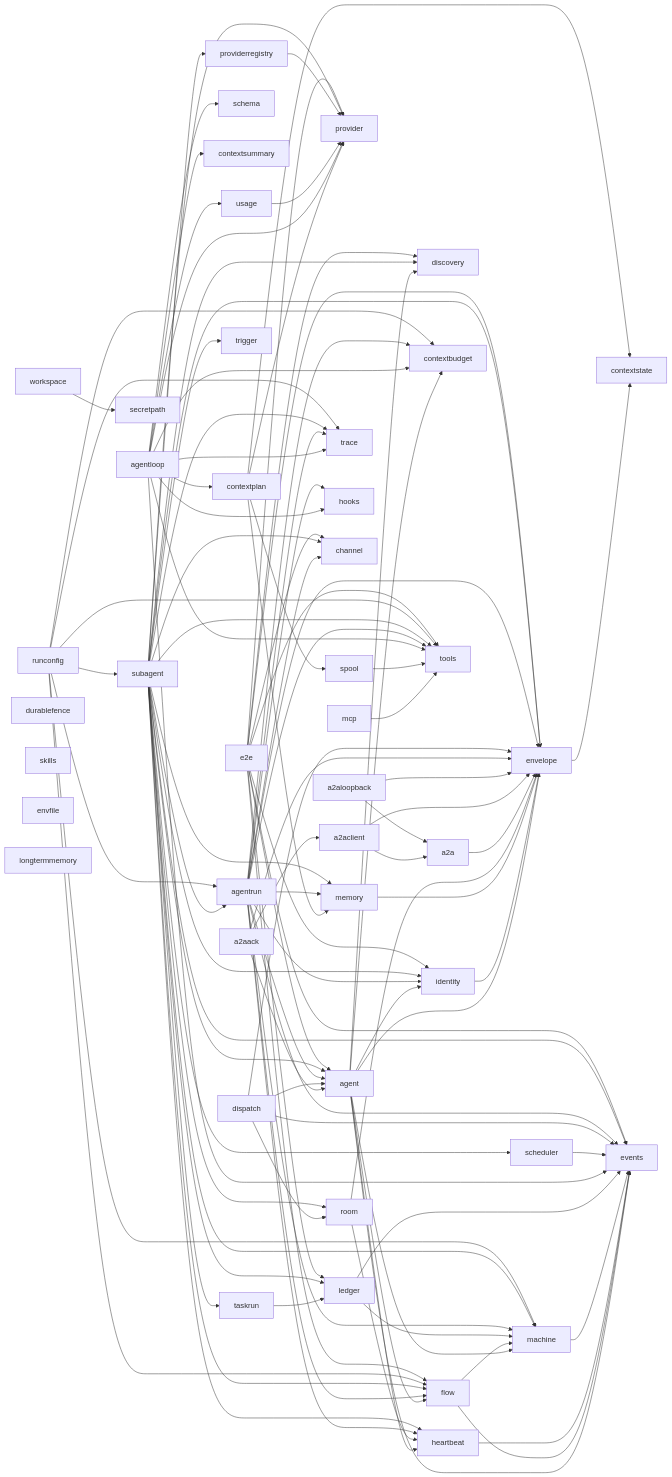
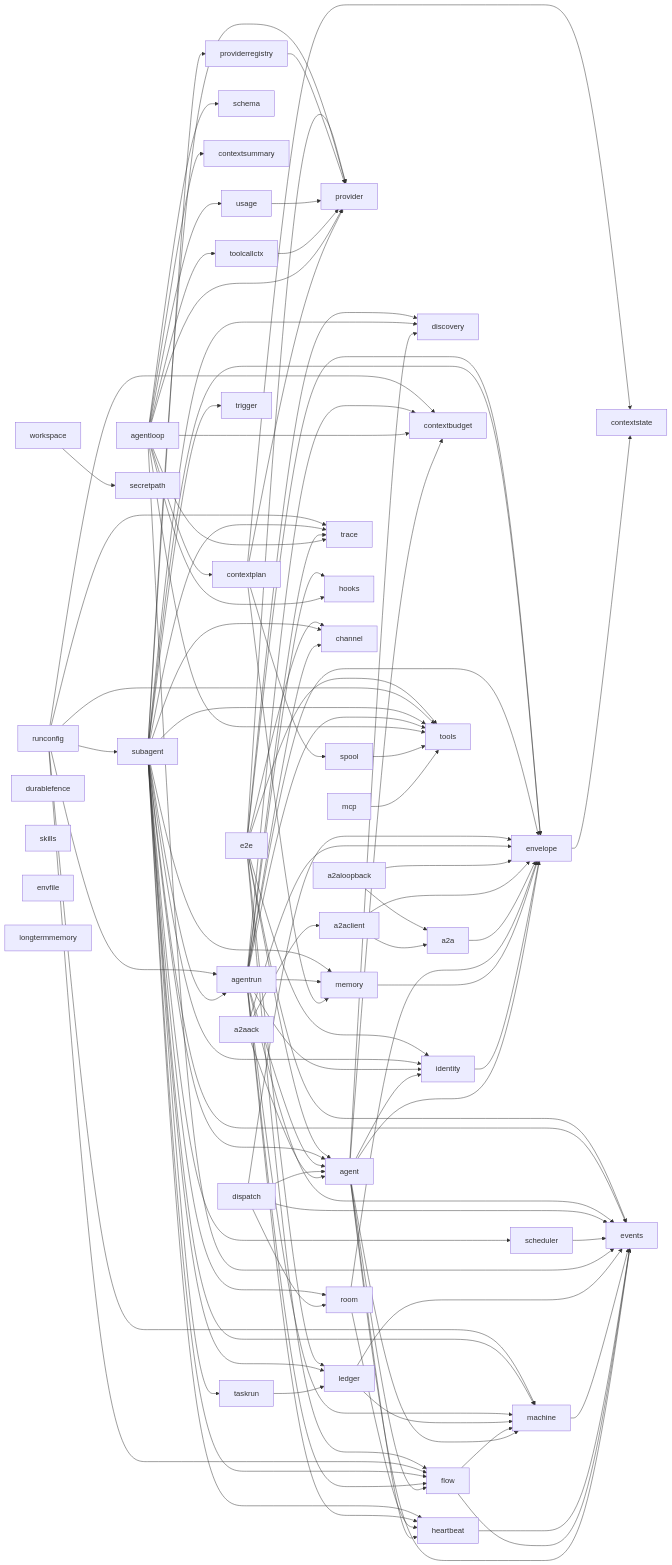
The first of 2 diagrams in docs/architecture.md (MiviaLabs/mivia-ai-sdk), drawn with Mermaid before and after one commit. The commit also changed other lines of this file and 12 other files, not shown here.

```diff
--- a/docs/architecture.md
+++ b/docs/architecture.md
@@ -75,6 +75,8 @@
     agentloop --> schema
     agentloop --> contextplan
     agentloop --> contextsummary
+    agentloop --> toolcallctx
+    toolcallctx --> provider
     usage --> provider
     providerregistry --> provider
     scheduler --> events
```
